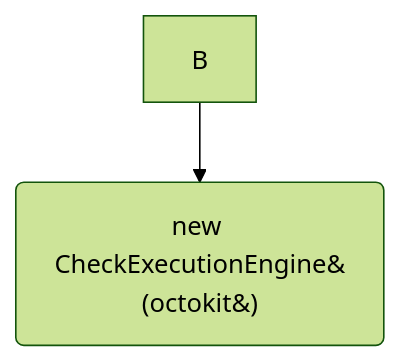
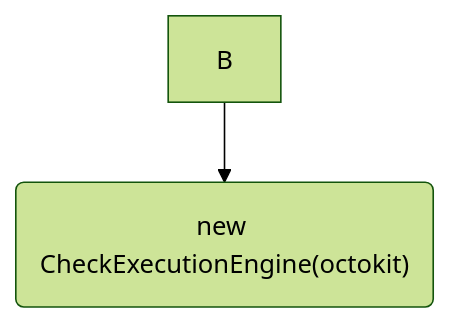
One commit to probelabs/mermaid-lint changed diagram 39 of 57 in test-fixtures/flowchart/INVALID_DIAGRAMS.md. Above: the diagram before and after it, drawn with Mermaid (forest theme). The commit also changed other lines of this file and 3 other files, not shown here.

First line of the commit message:
feat(flowchart): enhance auto-fix for complex labels with special characters (#51)

````diff
--- a/test-fixtures/flowchart/INVALID_DIAGRAMS.md
+++ b/test-fixtures/flowchart/INVALID_DIAGRAMS.md
@@ -2848,6 +2967,6 @@
 ```mermaid
 flowchart TD
-  B --> C(new CheckExecutionEngine&#40;octokit&#41;);
+  B --> C("new CheckExecutionEngine(octokit)");
 
 
 ```
````
